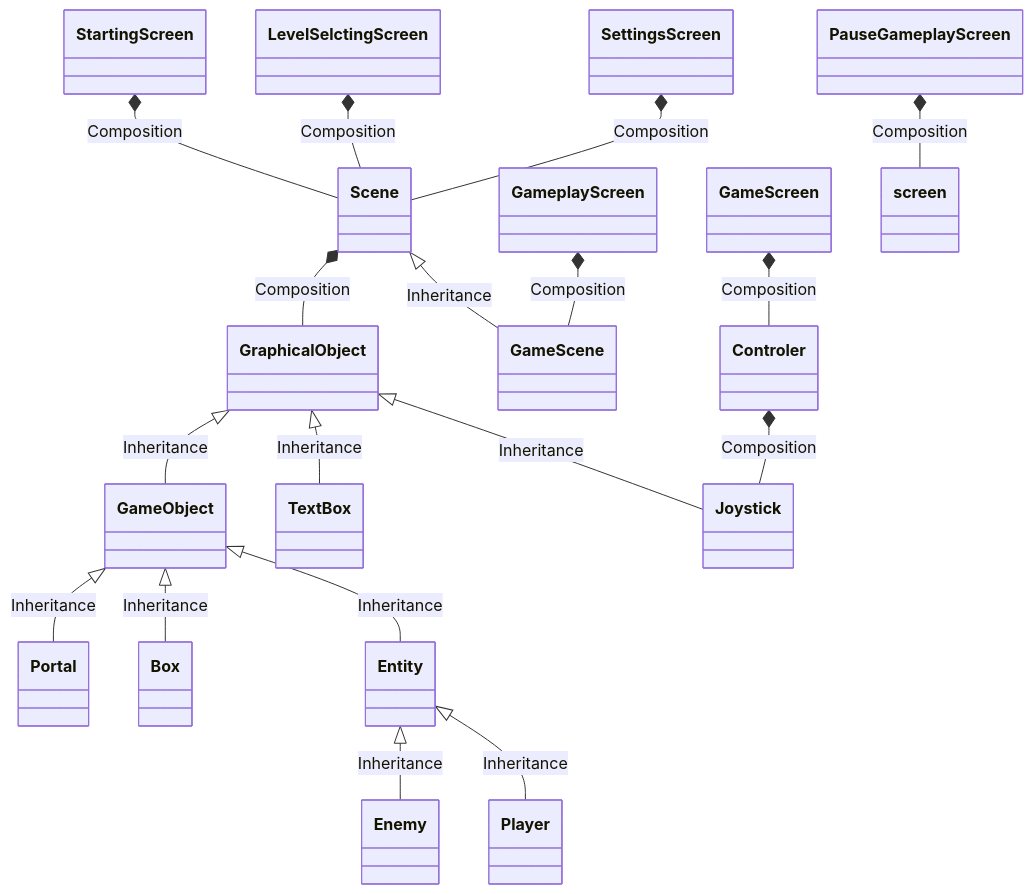
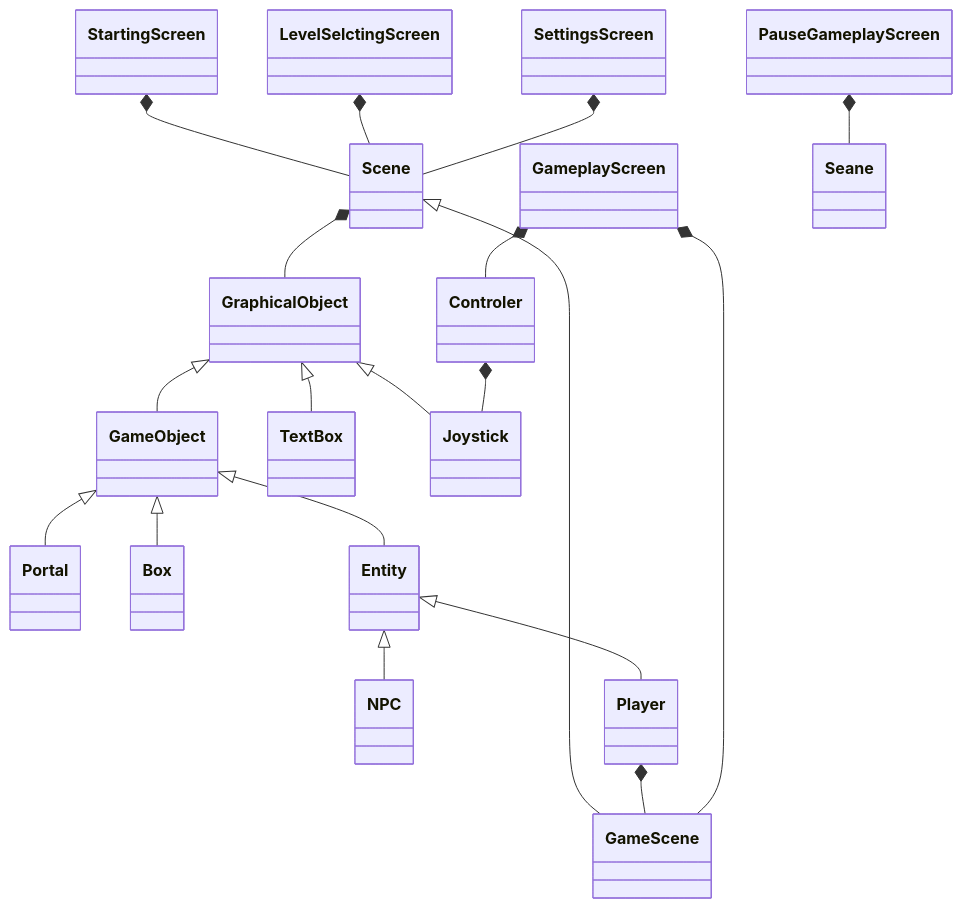
The diagram in planning_class_structure/README.md (dRoycon/HS_SoftwareEngineeringProject), drawn with Mermaid before and after one commit.

Commit message:
modified:   planning_class_structure/README.md

````diff
--- a/planning_class_structure/README.md
+++ b/planning_class_structure/README.md
@@ -3,29 +3,31 @@
 ``` mermaid
 classDiagram
-    GraphicalObject <|-- GameObject : Inheritance
-    GraphicalObject <|-- TextBox : Inheritance
-    GraphicalObject <|-- Joystick : Inheritance
+    GraphicalObject <|-- GameObject 
+    GraphicalObject <|-- TextBox
+    GraphicalObject <|-- Joystick
 
-    GameObject <|-- Portal : Inheritance
-    GameObject <|-- Box : Inheritance
-    GameObject <|-- Entity : Inheritance
+    GameObject <|-- Portal
+    GameObject <|-- Box
+    GameObject <|-- Entity
 
-    Entity <|-- Enemy : Inheritance
-    Entity <|-- Player : Inheritance
+    Entity <|-- NPC
+    Entity <|-- Player
 
-    Scene *-- GraphicalObject : Composition
-    Scene <|-- GameScene : Inheritance
+    Scene *-- GraphicalObject
+    Scene <|-- GameScene
 
-    Controler *-- Joystick : Composition
+    Player *-- GameScene
 
-    GameplayScreen *-- GameScene : Composition
-    GameScreen *-- Controler : Composition
+    Controler *-- Joystick
 
-    StartingScreen *-- Scene : Composition
+    GameplayScreen *-- GameScene
+    GameplayScreen *-- Controler
 
-    LevelSelctingScreen *-- Scene : Composition
-    SettingsScreen *-- Scene : Composition
-    PauseGameplayScreen *-- screen : Composition
+    StartingScreen *-- Scene
+
+    LevelSelctingScreen *-- Scene
+    SettingsScreen *-- Scene
+    PauseGameplayScreen *-- Seane
 
 
 ```
````
